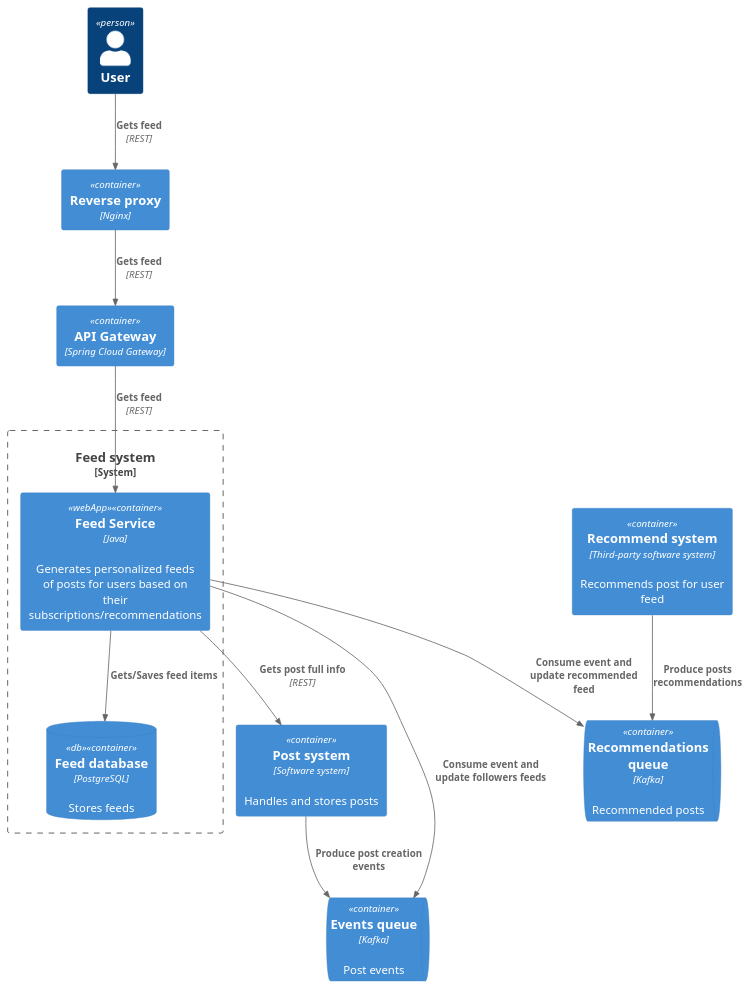
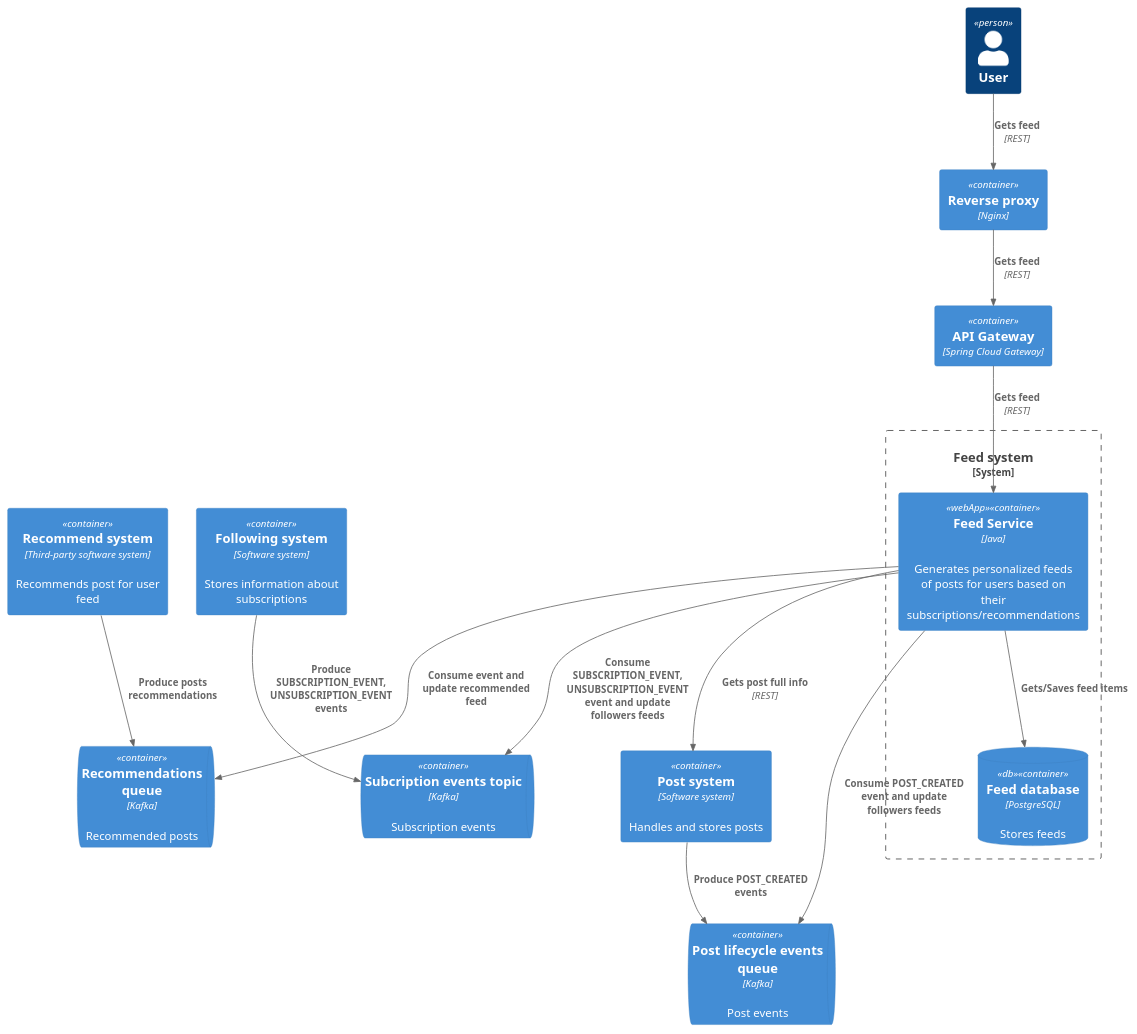
Before and after one commit to dmitry-bughunter/social_network_system_design: the diagram in architecture/feed_system/container.puml, drawn with PlantUML. The commit also changed 9 other files, not shown here.

Commit message:
add relations between following system and feed system, update descriptions

```diff
--- a/architecture/feed_system/container.puml
+++ b/architecture/feed_system/container.puml
@@ -1,28 +1,32 @@
 @startuml
 !include https://raw.githubusercontent.com/plantuml-stdlib/C4-PlantUML/master/C4_Container.puml
 
 Person(user, "User")
 Container(reverseProxy, "Reverse proxy", "Nginx")
 Container(apiGateway, "API Gateway", "Spring Cloud Gateway")
 Container(postSystem, "Post system", "Software system", "Handles and stores posts")
+Container(followingSystem, "Following system", "Software system", "Stores information about subscriptions")
 Container(recommendSystem, "Recommend system", "Third-party software system", "Recommends post for user feed")
-ContainerQueue(postMessageQueue, "Events queue", "Kafka", "Post events")
+ContainerQueue(postMessageQueue, "Post lifecycle events queue", "Kafka", "Post events")
 ContainerQueue(recommendationsMessageQueue, "Recommendations queue", "Kafka", "Recommended posts")
+ContainerQueue(subscriptionsQueue, "Subcription events topic", "Kafka", "Subscription events")
 
 System_Boundary(feedSystem, "Feed system") {
 Container(feedService, "Feed Service", "Java", "Generates personalized feeds of posts for users based on their subscriptions/recommendations", $tags="webApp")
 ContainerDb(feedDatabase, "Feed database", "PostgreSQL", "Stores feeds",  $tags="db")
 }
 
 Rel(user, reverseProxy, "Gets feed", "REST")
 Rel(reverseProxy, apiGateway, "Gets feed", "REST")
 Rel(apiGateway, feedService, "Gets feed", "REST")
 Rel(feedService, postSystem, "Gets post full info", "REST")
 Rel(feedService, feedDatabase, "Gets/Saves feed items")
 
-Rel(feedService, postMessageQueue, "Consume event and update followers feeds")
-Rel(postSystem, postMessageQueue, "Produce post creation events")
+Rel(feedService, postMessageQueue, "Consume POST_CREATED event and update followers feeds")
+Rel(feedService, subscriptionsQueue, "Consume SUBSCRIPTION_EVENT, UNSUBSCRIPTION_EVENT event and update followers feeds")
+Rel(postSystem, postMessageQueue, "Produce POST_CREATED events")
+Rel(followingSystem, subscriptionsQueue, "Produce SUBSCRIPTION_EVENT, UNSUBSCRIPTION_EVENT events")
 
 Rel(recommendSystem, recommendationsMessageQueue, "Produce posts recommendations")
 Rel(feedService, recommendationsMessageQueue, "Consume event and update recommended feed")
 @enduml
```
